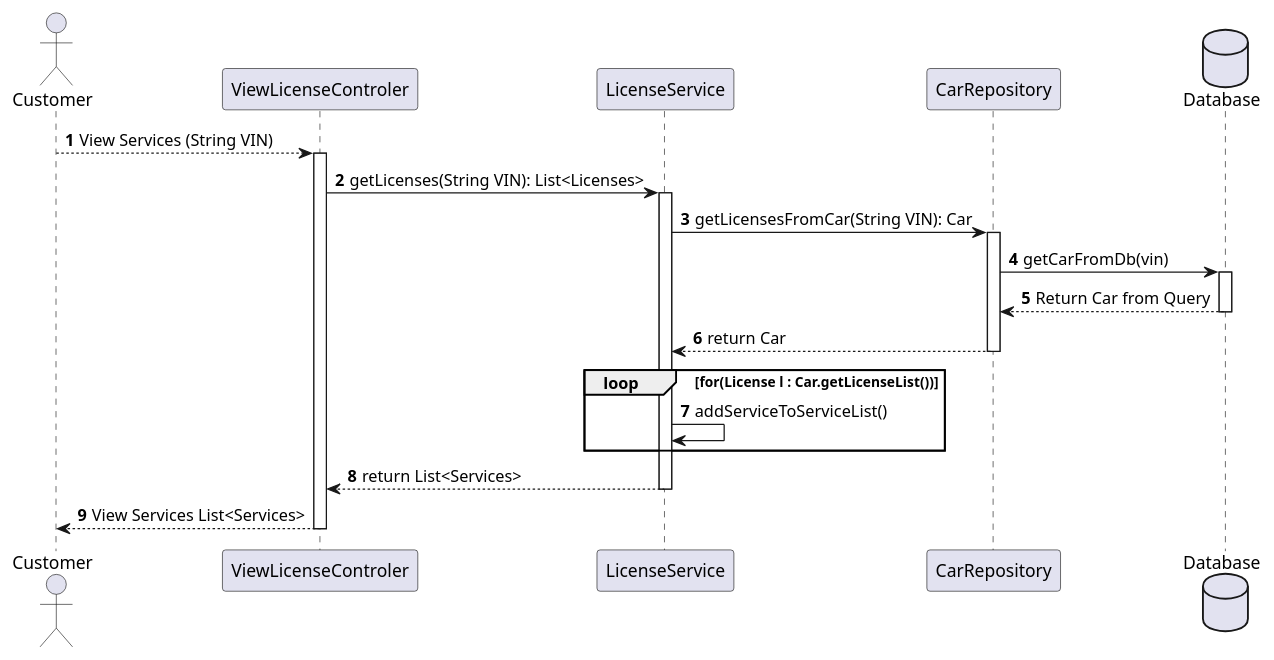
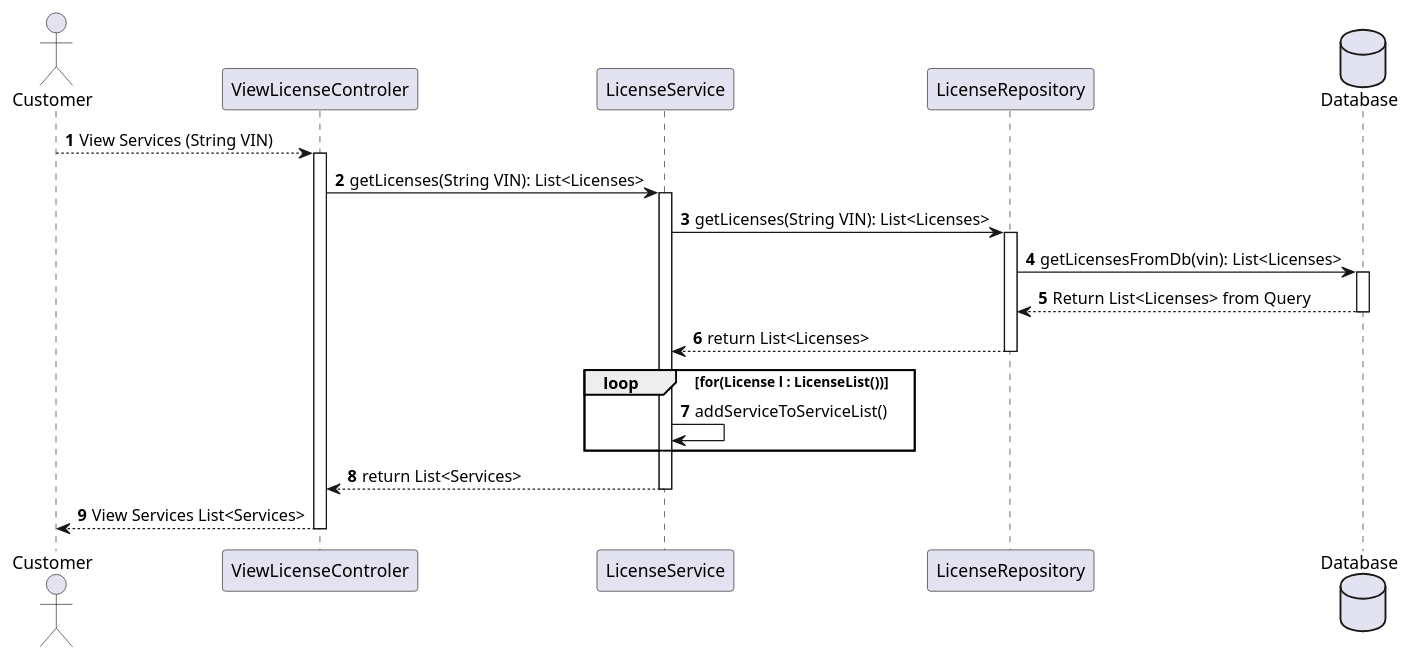
Before and after one commit to ljbg1996/car-backend: the diagram in Phase_1/SequenceViewActiveLicense_1.puml, drawn with PlantUML. The commit also changed 1 other file, not shown here.

Commit message:
Änderungen 2.0 class und SequenceViewActiveLicense_1.puml

```diff
--- a/Phase_1/SequenceViewActiveLicense_1.puml
+++ b/Phase_1/SequenceViewActiveLicense_1.puml
@@ -1,33 +1,33 @@
 @startuml
 'https://plantuml.com/sequence-diagram
 
 autonumber
 
 Actor Customer as c
 Participant ViewLicenseControler as vlc
 Participant LicenseService as ls
-Participant CarRepository as cr
+Participant LicenseRepository as cr
 database Database as db
 
 c --->vlc:View Services (String VIN)
 activate vlc
 vlc -> ls:getLicenses(String VIN): List<Licenses>
 activate ls
-ls -> cr: getLicensesFromCar(String VIN): Car
+ls -> cr: getLicenses(String VIN): List<Licenses>
 activate cr
-cr->db: getCarFromDb(vin)
+cr->db: getLicensesFromDb(vin): List<Licenses>
 activate db
-db-->cr: Return Car from Query
+db-->cr: Return List<Licenses> from Query
 deactivate db
-cr-->ls: return Car
+cr-->ls: return List<Licenses>
 deactivate cr
-loop for(License l : Car.getLicenseList())
+loop for(License l : LicenseList())
     ls->ls: addServiceToServiceList()
     end
 
 ls-->vlc: return List<Services>
 deactivate ls
 vlc-->c: View Services List<Services>
 deactivate vlc
 
 @enduml
```
